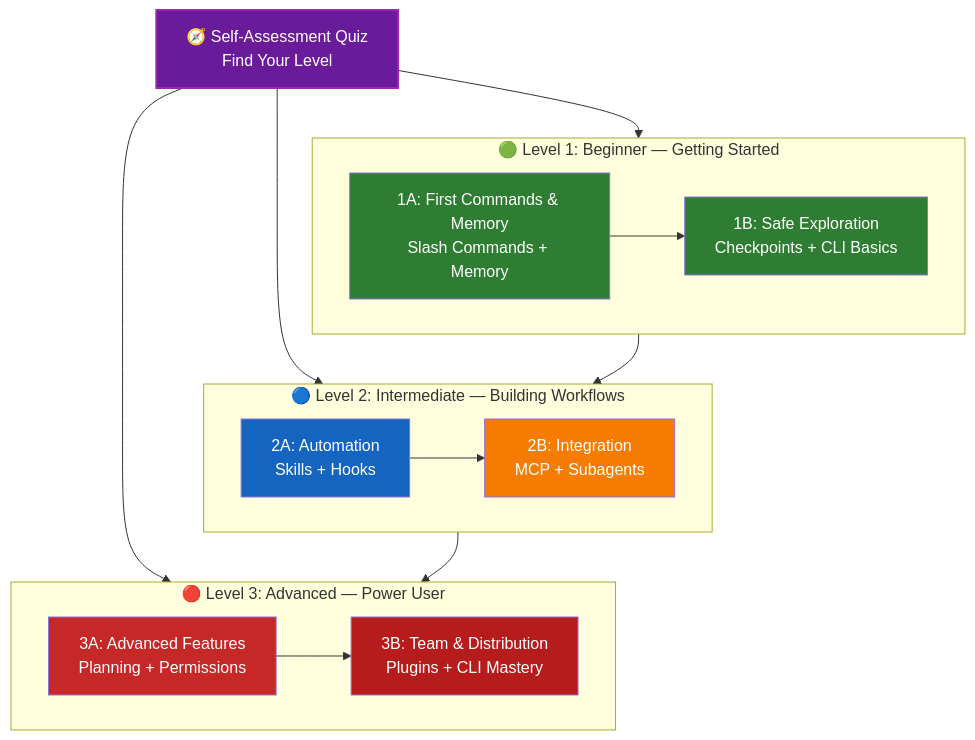
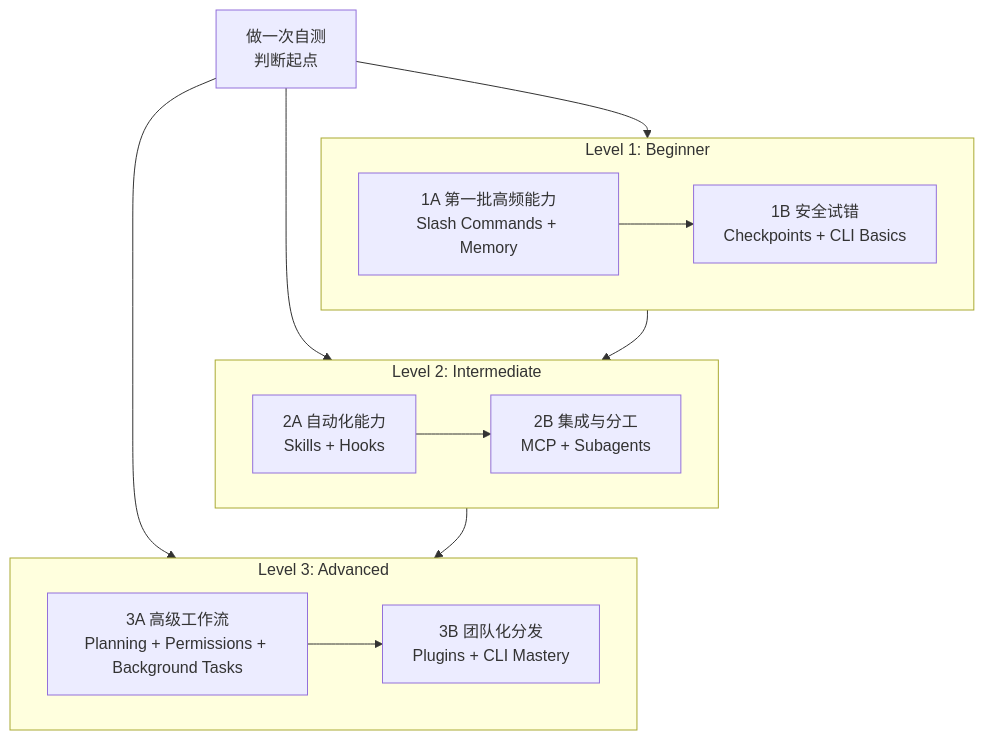
One commit to elsonshow/claude-howto-zh-cn changed the diagram in LEARNING-ROADMAP.md. Above: the diagram before and after it, drawn with Mermaid. The commit also changed other lines of this file and 477 other files, not shown here.

````diff
--- a/LEARNING-ROADMAP.md
+++ b/LEARNING-ROADMAP.md
@@ -55,32 +58,24 @@
 ```mermaid
 graph TD
-    Q["🧭 Self-Assessment Quiz<br/>Find Your Level"] --> L1
+    Q["做一次自测<br/>判断起点"] --> L1
     Q --> L2
     Q --> L3
 
-    subgraph L1["🟢 Level 1: Beginner — Getting Started"]
+    subgraph L1["Level 1: Beginner"]
         direction LR
-        A["1A: First Commands & Memory<br/>Slash Commands + Memory"] --> B["1B: Safe Exploration<br/>Checkpoints + CLI Basics"]
+        A["1A 第一批高频能力<br/>Slash Commands + Memory"] --> B["1B 安全试错<br/>Checkpoints + CLI Basics"]
     end
 
-    subgraph L2["🔵 Level 2: Intermediate — Building Workflows"]
+    subgraph L2["Level 2: Intermediate"]
         direction LR
-        C["2A: Automation<br/>Skills + Hooks"] --> D["2B: Integration<br/>MCP + Subagents"]
+        C["2A 自动化能力<br/>Skills + Hooks"] --> D["2B 集成与分工<br/>MCP + Subagents"]
     end
 
-    subgraph L3["🔴 Level 3: Advanced — Power User"]
+    subgraph L3["Level 3: Advanced"]
         direction LR
-        E["3A: Advanced Features<br/>Planning + Permissions"] --> F["3B: Team & Distribution<br/>Plugins + CLI Mastery"]
+        E["3A 高级工作流<br/>Planning + Permissions + Background Tasks"] --> F["3B 团队化分发<br/>Plugins + CLI Mastery"]
     end
 
     L1 --> L2
     L2 --> L3
-
-    style Q fill:#6A1B9A,color:#fff,stroke:#9C27B0,stroke-width:2px
-    style A fill:#2E7D32,color:#fff
-    style B fill:#2E7D32,color:#fff
-    style C fill:#1565C0,color:#fff
-    style D fill:#F57C00,color:#fff
-    style E fill:#C62828,color:#fff
-    style F fill:#B71C1C,color:#fff
 ```
````
